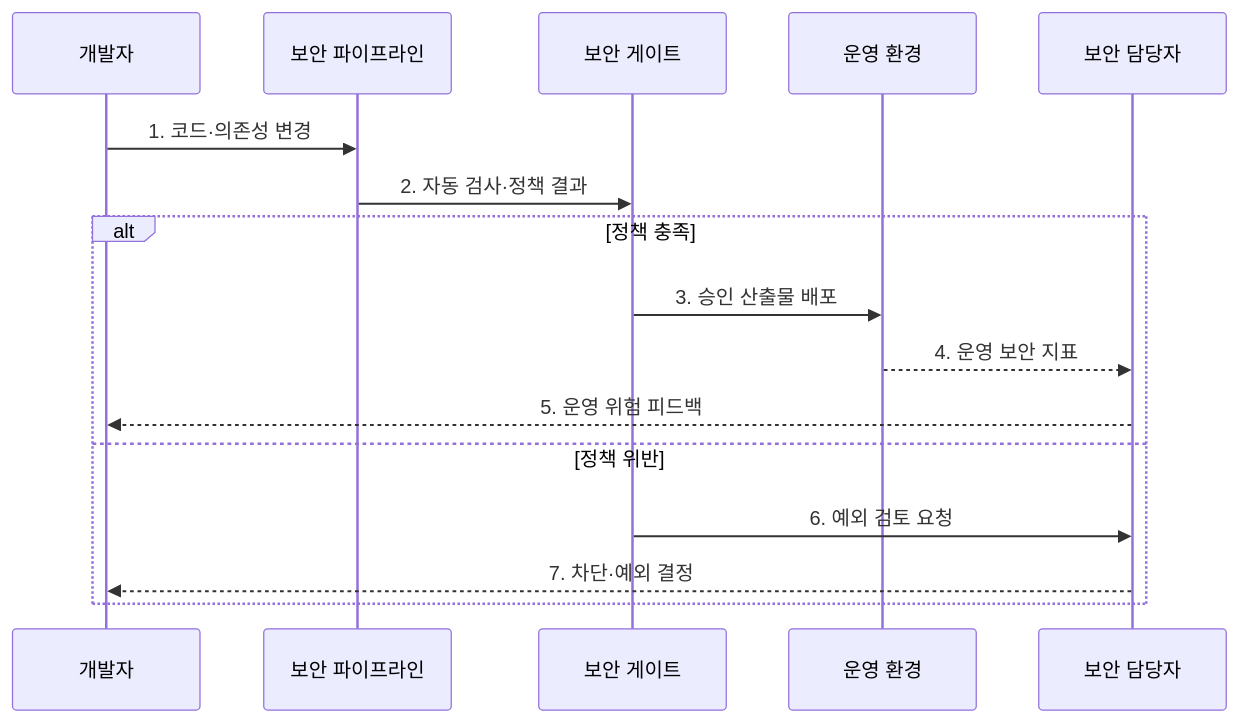
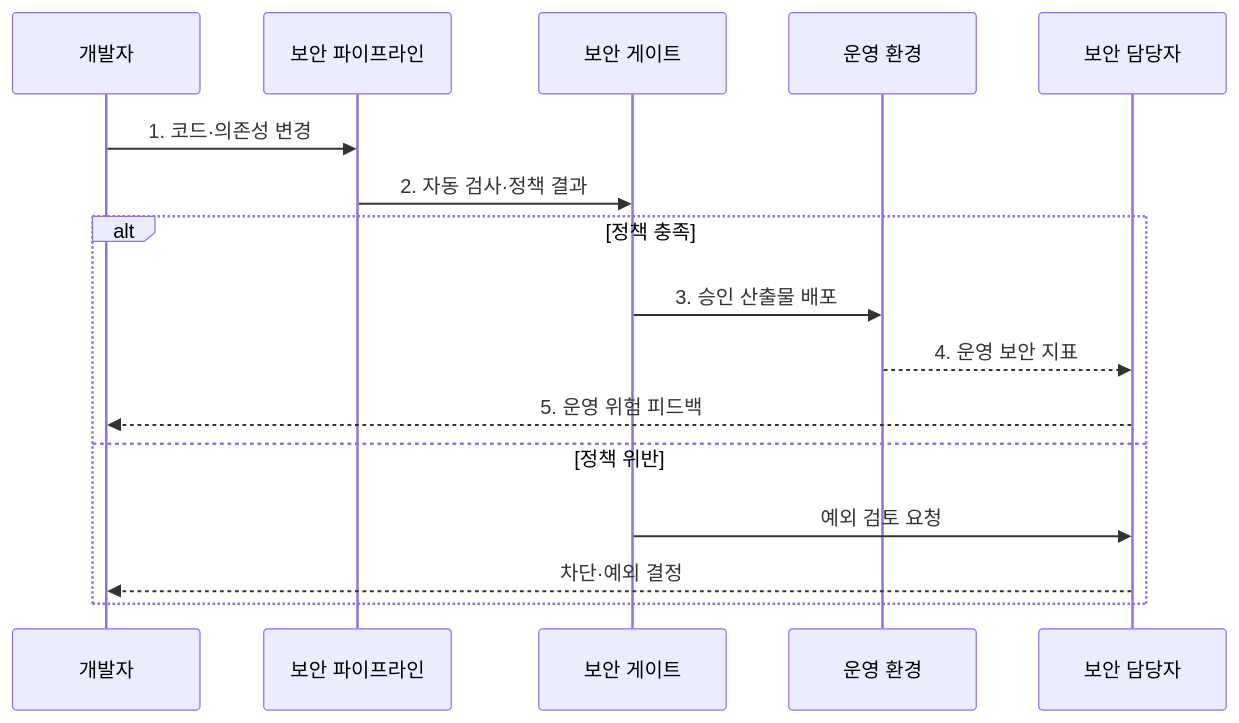
Before and after one commit to agnusdei1207/knowledge-base: the second of 2 diagrams in src/content/docs/notes/03-software/057_devsecops.md, drawn with Mermaid. The commit also changed other lines of this file and 238 other files, not shown here.

````diff
--- a/src/content/docs/notes/03-software/057_devsecops.md
+++ b/src/content/docs/notes/03-software/057_devsecops.md
@@ -81,18 +83,18 @@
 ```mermaid
 sequenceDiagram
     participant D as 개발자
     participant P as 보안 파이프라인
     participant G as 보안 게이트
     participant E as 운영 환경
     participant S as 보안 담당자
     D->>P: 1. 코드·의존성 변경
     P->>G: 2. 자동 검사·정책 결과
     alt 정책 충족
         G->>E: 3. 승인 산출물 배포
         E-->>S: 4. 운영 보안 지표
         S-->>D: 5. 운영 위험 피드백
     else 정책 위반
-        G->>S: 6. 예외 검토 요청
-        S-->>D: 7. 차단·예외 결정
+        G->>S: 예외 검토 요청
+        S-->>D: 차단·예외 결정
     end
 ```
````
